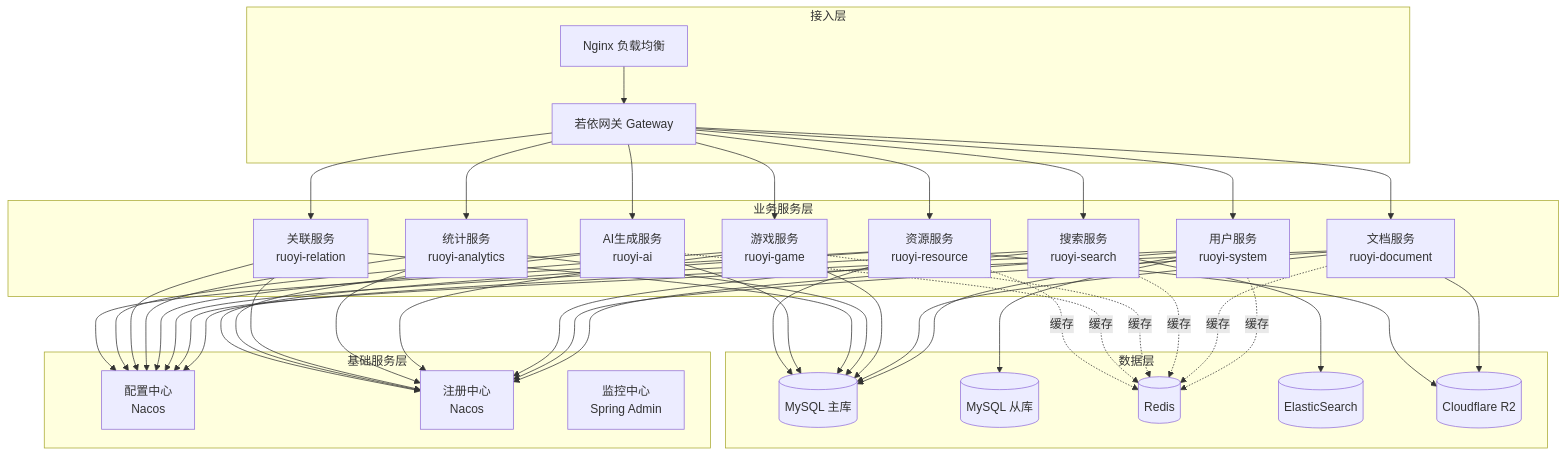
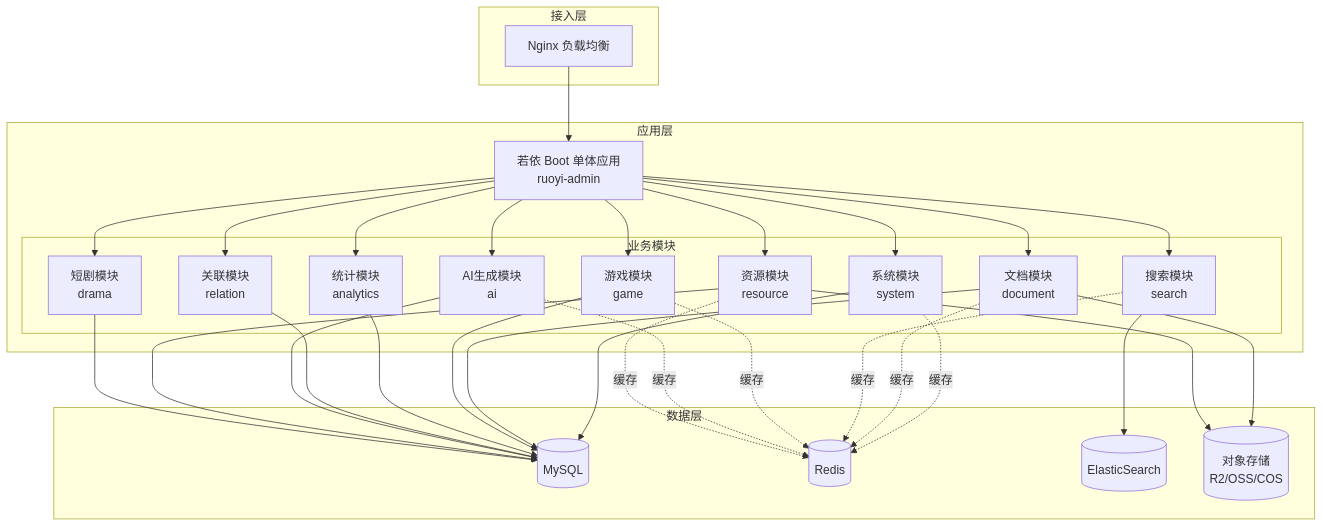
Before and after one commit to MisinGuo/game-box-web: the first of 14 diagrams in docs/架构设计文档.md, drawn with Mermaid. The commit also changed other lines of this file and 3 other files, not shown here.

````diff
--- a/docs/架构设计文档.md
+++ b/docs/架构设计文档.md
@@ -26,79 +26,60 @@
 ```mermaid
 graph TB
     subgraph "接入层"
         A[Nginx 负载均衡]
-        B[若依网关 Gateway]
     end
     
-    subgraph "业务服务层"
-        C[用户服务<br/>ruoyi-system]
-        D[文档服务<br/>ruoyi-document]
-        E[搜索服务<br/>ruoyi-search]
-        F[游戏服务<br/>ruoyi-game]
-        G[统计服务<br/>ruoyi-analytics]
-        H[关联服务<br/>ruoyi-relation]
-        I2[AI生成服务<br/>ruoyi-ai]
-        J2[资源服务<br/>ruoyi-resource]
-    end
-    
-    subgraph "基础服务层"
-        I[配置中心<br/>Nacos]
-        J[注册中心<br/>Nacos]
-        K[监控中心<br/>Spring Admin]
+    subgraph "应用层"
+        B[若依 Boot 单体应用<br/>ruoyi-admin]
+        
+        subgraph "业务模块"
+            C[系统模块<br/>system]
+            D[文档模块<br/>document]
+            E[搜索模块<br/>search]
+            F[游戏模块<br/>game]
+            G[统计模块<br/>analytics]
+            H[关联模块<br/>relation]
+            I2[AI生成模块<br/>ai]
+            J2[资源模块<br/>resource]
+            K2[短剧模块<br/>drama]
+        end
     end
     
     subgraph "数据层"
-        L[(MySQL 主库)]
-        M[(MySQL 从库)]
+        L[(MySQL)]
         N[(Redis)]
         O[(ElasticSearch)]
-        P[(Cloudflare R2)]
+        P[(对象存储<br/>R2/OSS/COS)]
     end
     
     A --> B
+    
     B --> C
     B --> D
     B --> E
     B --> F
     B --> G
     B --> H
     B --> I2
     B --> J2
-    
-    C --> I
-    D --> I
-    E --> I
-    F --> I
-    G --> I
-    H --> I
-    I2 --> I
-    J2 --> I
-    
-    C --> J
-    D --> J
-    E --> J
-    F --> J
-    G --> J
-    H --> J
-    I2 --> J
-    J2 --> J
+    B --> K2
     
     C --> L
-    C --> M
     D --> L
     D --> P
     E --> O
     F --> L
     G --> L
     H --> L
     I2 --> L
     J2 --> L
     J2 --> P
+    K2 --> L
     
     C -.缓存.-> N
     D -.缓存.-> N
     E -.缓存.-> N
     F -.缓存.-> N
     I2 -.缓存.-> N
     J2 -.缓存.-> N
 ```
````
